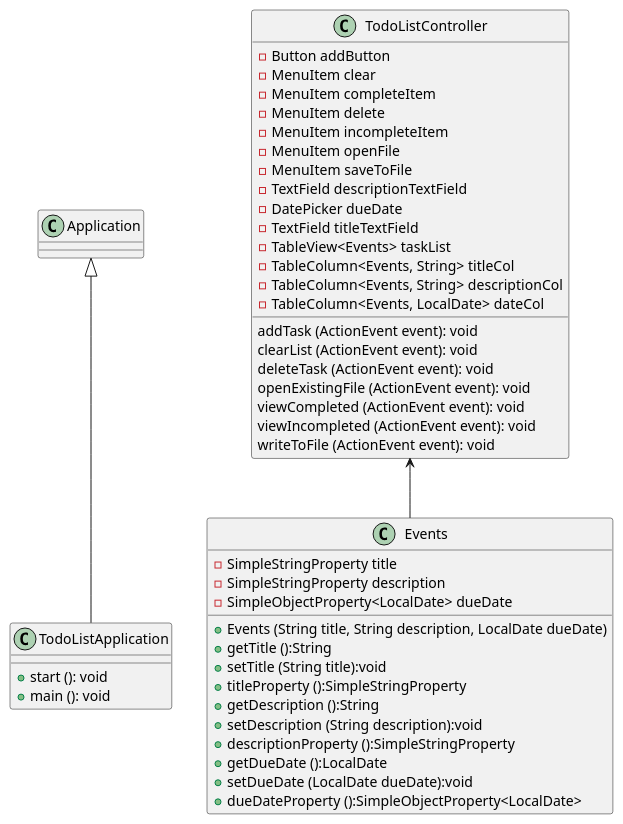
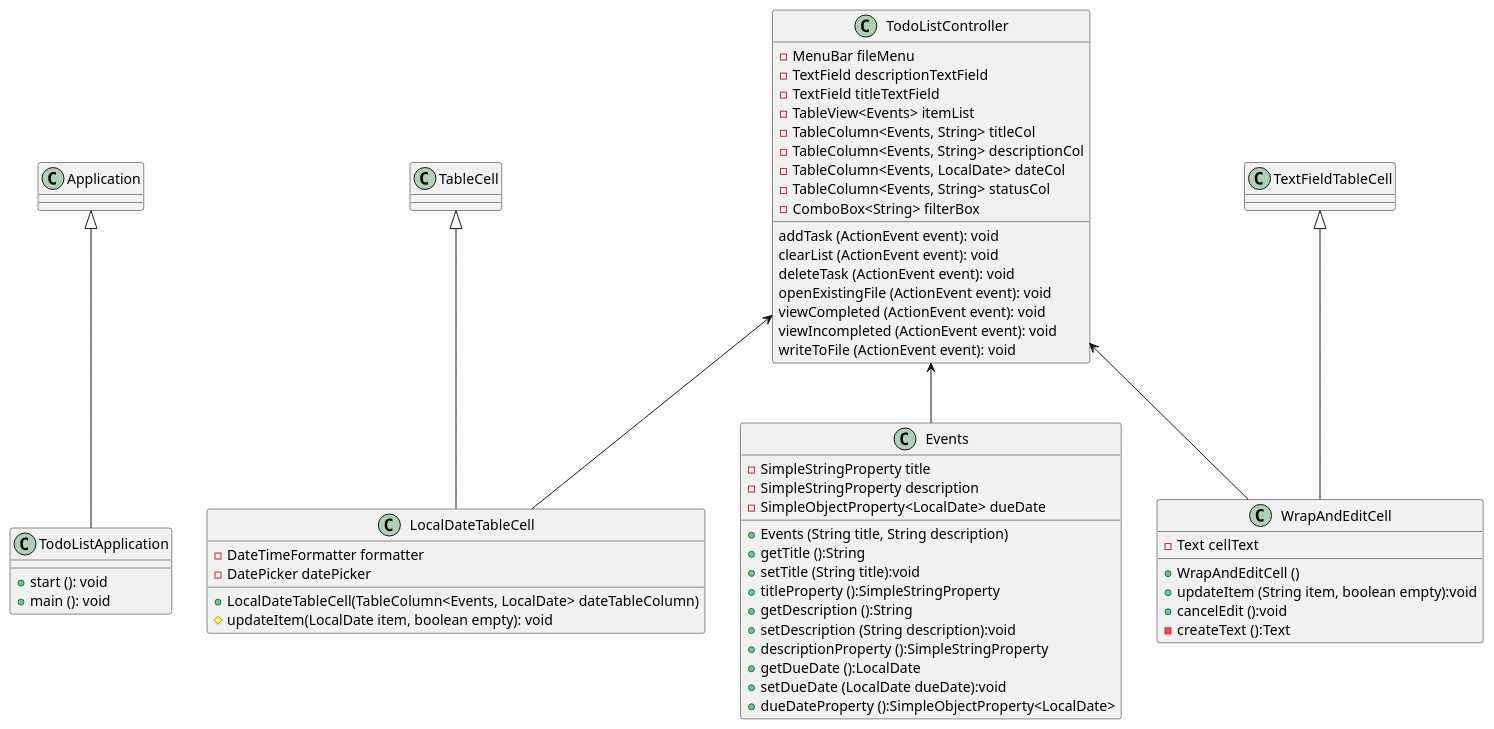
The diagram in docs/TodoList.puml (Leo2399/herrera-app1-impl), drawn with PlantUML before and after one commit. The commit also changed 1 other file, not shown here.

Commit message:
updated uml diagram to match changed made

```diff
--- a/docs/TodoList.puml
+++ b/docs/TodoList.puml
@@ -1,54 +1,73 @@
 @startuml
 
 class TodoListApplication {
     +start (): void
     +main (): void
 }
 
 Application <|-- TodoListApplication
 
 class TodoListController {
-    -Button addButton
-    -MenuItem clear
-    -MenuItem completeItem
-    -MenuItem delete
-    -MenuItem incompleteItem
-    -MenuItem openFile
-    -MenuItem saveToFile
+
+    -MenuBar fileMenu
     -TextField descriptionTextField
-    -DatePicker dueDate
     -TextField titleTextField
-    -TableView<Events> taskList
+    -TableView<Events> itemList
     -TableColumn<Events, String> titleCol
     -TableColumn<Events, String> descriptionCol
     -TableColumn<Events, LocalDate> dateCol
+    -TableColumn<Events, String> statusCol
+    -ComboBox<String> filterBox
 
     addTask (ActionEvent event): void
     clearList (ActionEvent event): void
     deleteTask (ActionEvent event): void
     openExistingFile (ActionEvent event): void
     viewCompleted (ActionEvent event): void
     viewIncompleted (ActionEvent event): void
     writeToFile (ActionEvent event): void
 }
 
 class Events {
     -SimpleStringProperty title
     -SimpleStringProperty description
     -SimpleObjectProperty<LocalDate> dueDate
 
-    +Events (String title, String description, LocalDate dueDate)
+    +Events (String title, String description)
     +getTitle ():String
     +setTitle (String title):void
     +titleProperty ():SimpleStringProperty
     +getDescription ():String
     +setDescription (String description):void
     +descriptionProperty ():SimpleStringProperty
     +getDueDate ():LocalDate
     +setDueDate (LocalDate dueDate):void
     +dueDateProperty ():SimpleObjectProperty<LocalDate>
 
 }
 
 TodoListController<--Events
+
+class LocalDateTableCell{
+    -DateTimeFormatter formatter
+    -DatePicker datePicker
+
+    +LocalDateTableCell(TableColumn<Events, LocalDate> dateTableColumn)
+    #updateItem(LocalDate item, boolean empty): void
+}
+
+class WrapAndEditCell {
+    -Text cellText
+
+    +WrapAndEditCell ()
+    +updateItem (String item, boolean empty):void
+    +cancelEdit ():void
+    -createText ():Text
+}
+
+TodoListController <-- LocalDateTableCell
+TodoListController <-- WrapAndEditCell
+
+TextFieldTableCell <|-- WrapAndEditCell
+TableCell <|-- LocalDateTableCell
 @enduml
```
